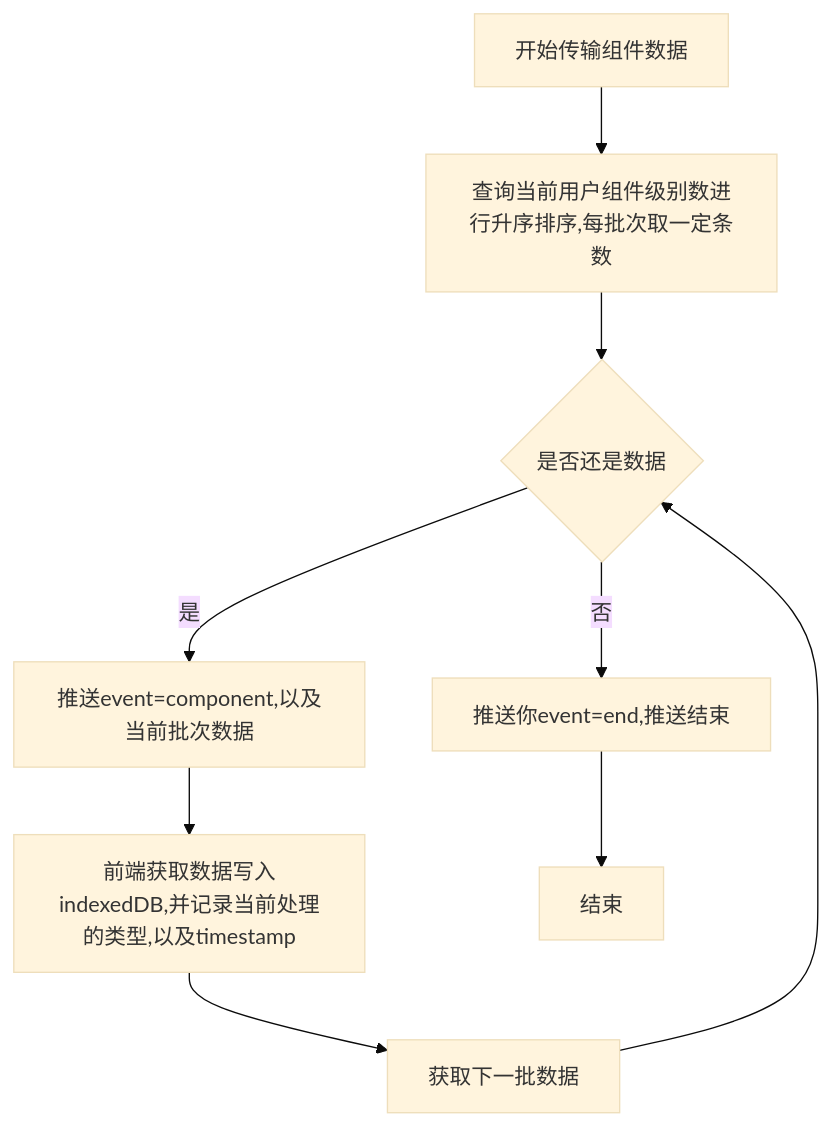
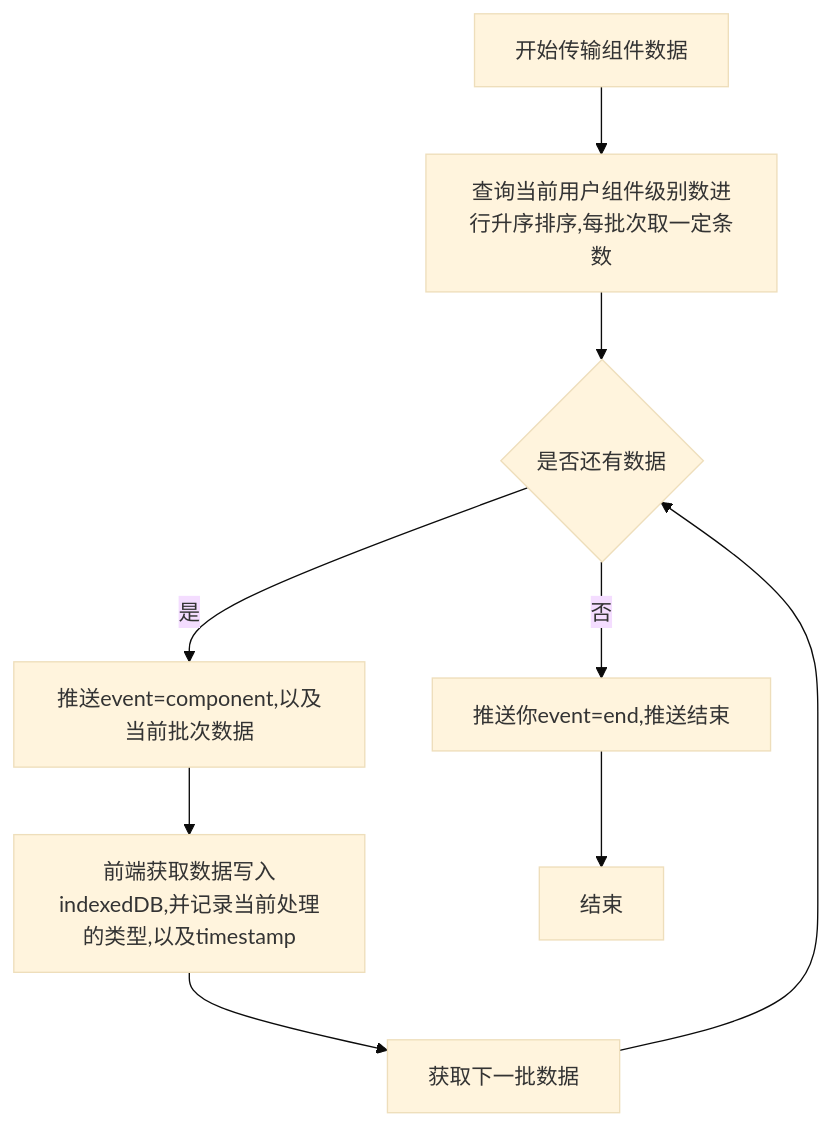
One commit to yingjianzh/iodraw-files changed the diagram in all/未命名-59.md. Above: the diagram before and after it, drawn with Mermaid (base theme).

Commit message:
2025-05-14 15:27:49 update

````diff
--- a/all/未命名-59.md
+++ b/all/未命名-59.md
@@ -1,16 +1,16 @@
 ```mermaid
 flowchart TD
     A[开始传输组件数据] --> B[查询当前用户组件级别数进行升序排序,每批次取一定条数]
-    B --> C{是否还是数据}
+    B --> C{是否还有数据}
     C --> |是| D[推送event=component,以及当前批次数据]
     C --> |否| E[推送你event=end,推送结束]
 
     D --> F[前端获取数据写入indexedDB,并记录当前处理的类型,以及timestamp]
     
     F --> G[获取下一批数据]
     G --> C
    
     
 
     E --> N[结束]
 ```
````
